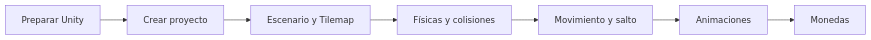
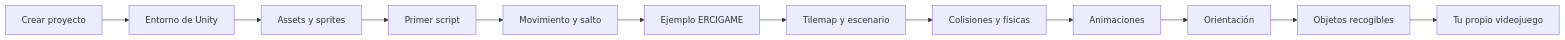
One commit to erciapps/web-home changed the diagram in docs/pmdm/videojuegos/index.md. Above: the diagram before and after it, drawn with Mermaid. The commit also changed other lines of this file and 14 other files, not shown here.

````diff
--- a/docs/pmdm/videojuegos/index.md
+++ b/docs/pmdm/videojuegos/index.md
@@ -19,9 +7,14 @@
 ```mermaid
 flowchart LR
-    A[Preparar Unity] --> B[Crear proyecto]
-    B --> C[Escenario y Tilemap]
-    C --> D[Físicas y colisiones]
+    A[Crear proyecto] --> B[Entorno de Unity]
+    B --> C[Assets y sprites]
+    C --> D[Primer script]
     D --> E[Movimiento y salto]
-    E --> F[Animaciones]
-    F --> G[Monedas]
+    E --> F[Ejemplo ERCIGAME]
+    F --> G[Tilemap y escenario]
+    G --> H[Colisiones y físicas]
+    H --> I[Animaciones]
+    I --> J[Orientación]
+    J --> K[Objetos recogibles]
+    K --> L[Tu propio videojuego]
 ```
````
